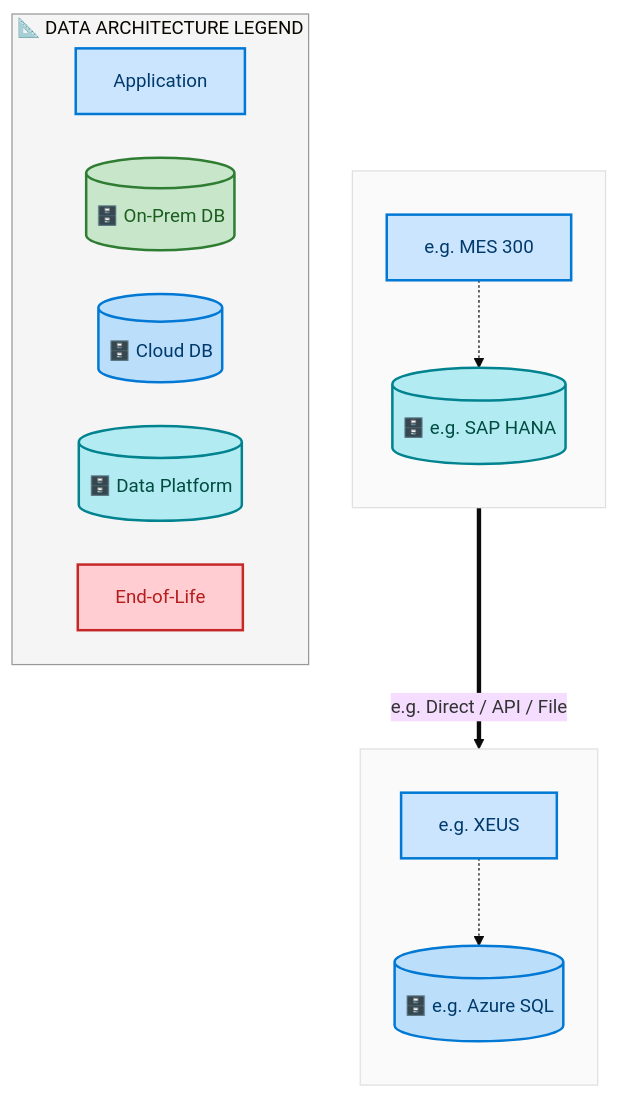
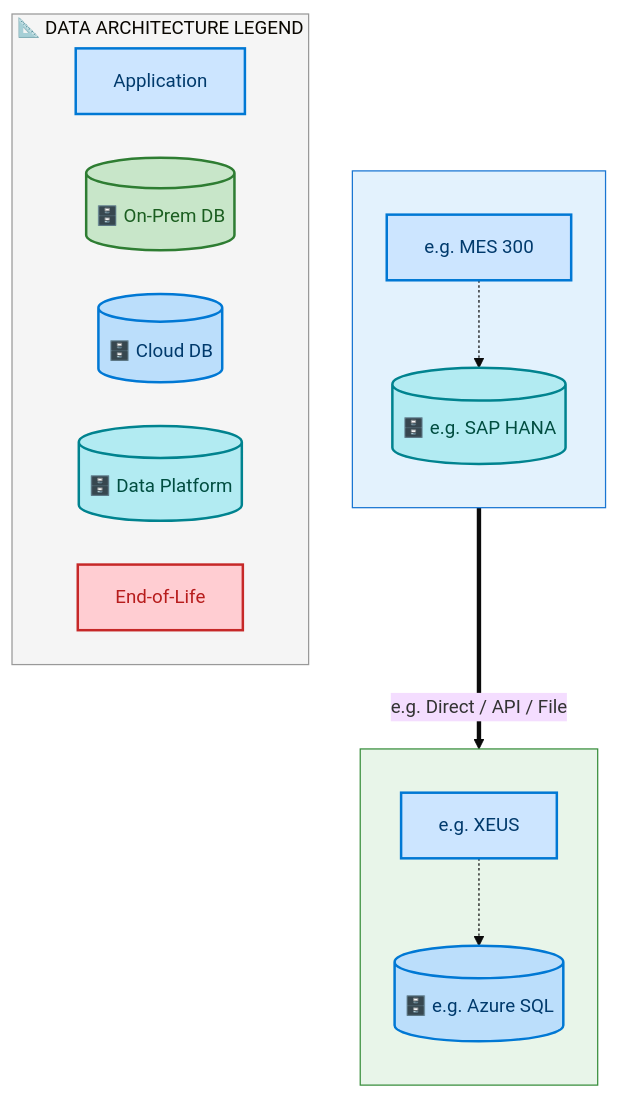
Before and after one commit to sajivfrancis777/IAO-Architecture: the second of 6 diagrams in towers/E2E/output/docs/summaries/L0-E2E-Summary.md, drawn with Mermaid. The commit also changed other lines of this file and 394 other files, not shown here.

First line of the commit message:
feat: structured layer ordering for Mermaid architecture diagrams

````diff
--- a/towers/E2E/output/docs/summaries/L0-E2E-Summary.md
+++ b/towers/E2E/output/docs/summaries/L0-E2E-Summary.md
@@ -204,37 +204,37 @@
 ```mermaid
 %%{init: {"theme": "base", "securityLevel": "loose", "themeVariables": {"fontSize": "15px", "fontFamily": "Segoe UI, Arial"}, "flowchart": {"useMaxWidth": false, "htmlLabels": true, "nodeSpacing": 35, "rankSpacing": 45}} }%%
 flowchart TB
     classDef appBox fill:#CCE5FF,stroke:#0078D4,stroke-width:2px,color:#003A6C
     classDef dbCyl fill:#C8E6C9,stroke:#2E7D32,stroke-width:2px,color:#1B5E20
     classDef dbCloud fill:#BBDEFB,stroke:#0078D4,stroke-width:2px,color:#003A6C
     classDef dbData fill:#B2EBF2,stroke:#00838F,stroke-width:2px,color:#004D40
     classDef eolBox fill:#FFCDD2,stroke:#C62828,stroke-width:2px,color:#B71C1C
 
     subgraph SCDCL_e_g_Azure_SQL[" "]
         direction TB
         SCDA_e_g_XEUS["e.g. XEUS"]:::appBox
         SCDD_e_g_Azure_SQL[("🗄️ e.g. Azure SQL")]:::dbCloud
         SCDA_e_g_XEUS -.-> SCDD_e_g_Azure_SQL
     end
-    style SCDCL_e_g_Azure_SQL fill:#FAFAFA,stroke:#E0E0E0,stroke-width:1px
+    style SCDCL_e_g_Azure_SQL fill:#E8F5E9,stroke:#388E3C,stroke-width:1px
 
     subgraph SCDCL_e_g_SAP_HANA[" "]
         direction TB
         SCDA_e_g_MES_300["e.g. MES 300"]:::appBox
         SCDD_e_g_SAP_HANA[("🗄️ e.g. SAP HANA")]:::dbData
         SCDA_e_g_MES_300 -.-> SCDD_e_g_SAP_HANA
     end
-    style SCDCL_e_g_SAP_HANA fill:#FAFAFA,stroke:#E0E0E0,stroke-width:1px
+    style SCDCL_e_g_SAP_HANA fill:#E3F2FD,stroke:#1976D2,stroke-width:1px
 
     SCDD_e_g_SAP_HANA ==>|"e.g. Direct / API / File"| SCDD_e_g_Azure_SQL
 
     subgraph Legend["📐 DATA ARCHITECTURE LEGEND"]
         direction LR
         L_A["Application"]:::appBox
         L_D[("🗄️ On-Prem DB")]:::dbCyl
         L_DC[("🗄️ Cloud DB")]:::dbCloud
         L_DD[("🗄️ Data Platform")]:::dbData
         L_E["End-of-Life"]:::eolBox
     end
     style Legend fill:#F5F5F5,stroke:#999,stroke-width:1px
 ```
````
